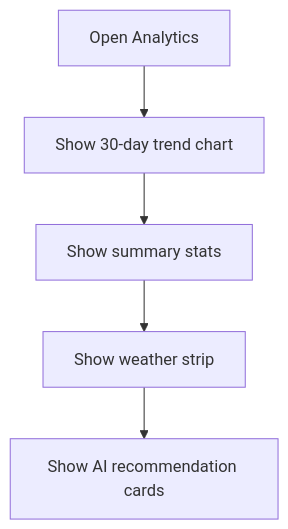
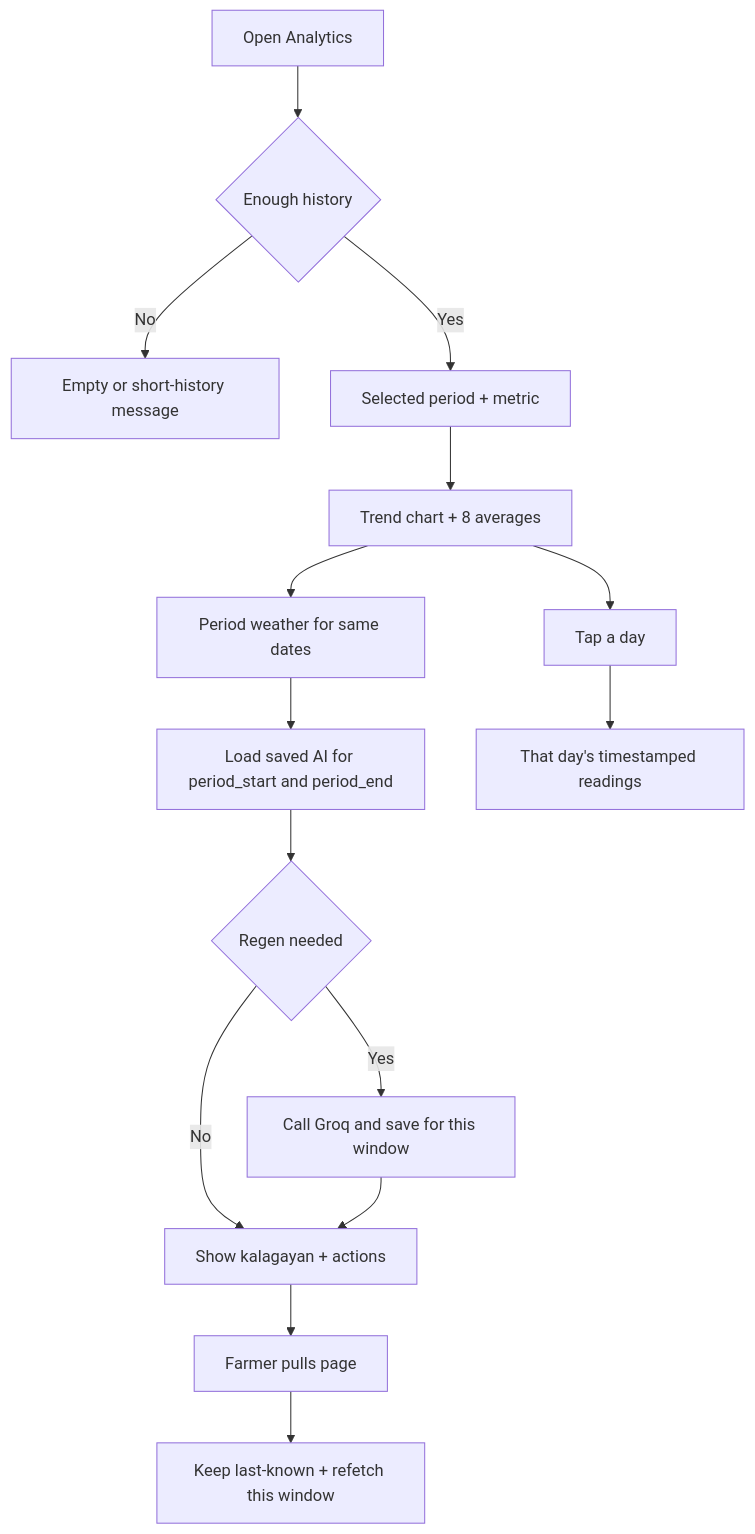
Before and after one commit to markjoelalcaraz/SoilGood: the diagram in docs/pages/analytics.md, drawn with Mermaid. The commit also changed other lines of this file and 104 other files, not shown here.

First line of the commit message:
Add analytics, crop plans, notifications, saved AI insights, and ESP32 ingest.

````diff
--- a/docs/pages/analytics.md
+++ b/docs/pages/analytics.md
@@ -13,7 +71,17 @@
 ```mermaid
 flowchart TD
-  A[Open Analytics] --> B[Show 30-day trend chart]
-  B --> C[Show summary stats]
-  C --> D[Show weather strip]
-  D --> E[Show AI recommendation cards]
+  A[Open Analytics] --> B{Enough history}
+  B -->|No| C[Empty or short-history message]
+  B -->|Yes| D[Selected period + metric]
+  D --> E[Trend chart + 8 averages]
+  E --> F[Period weather for same dates]
+  F --> G[Load saved AI for period_start and period_end]
+  G --> H{Regen needed}
+  H -->|No| I[Show kalagayan + actions]
+  H -->|Yes| J[Call Groq and save for this window]
+  J --> I
+  E --> K[Tap a day]
+  K --> L[That day's timestamped readings]
+  I --> M[Farmer pulls page]
+  M --> N[Keep last-known + refetch this window]
 ```
````
